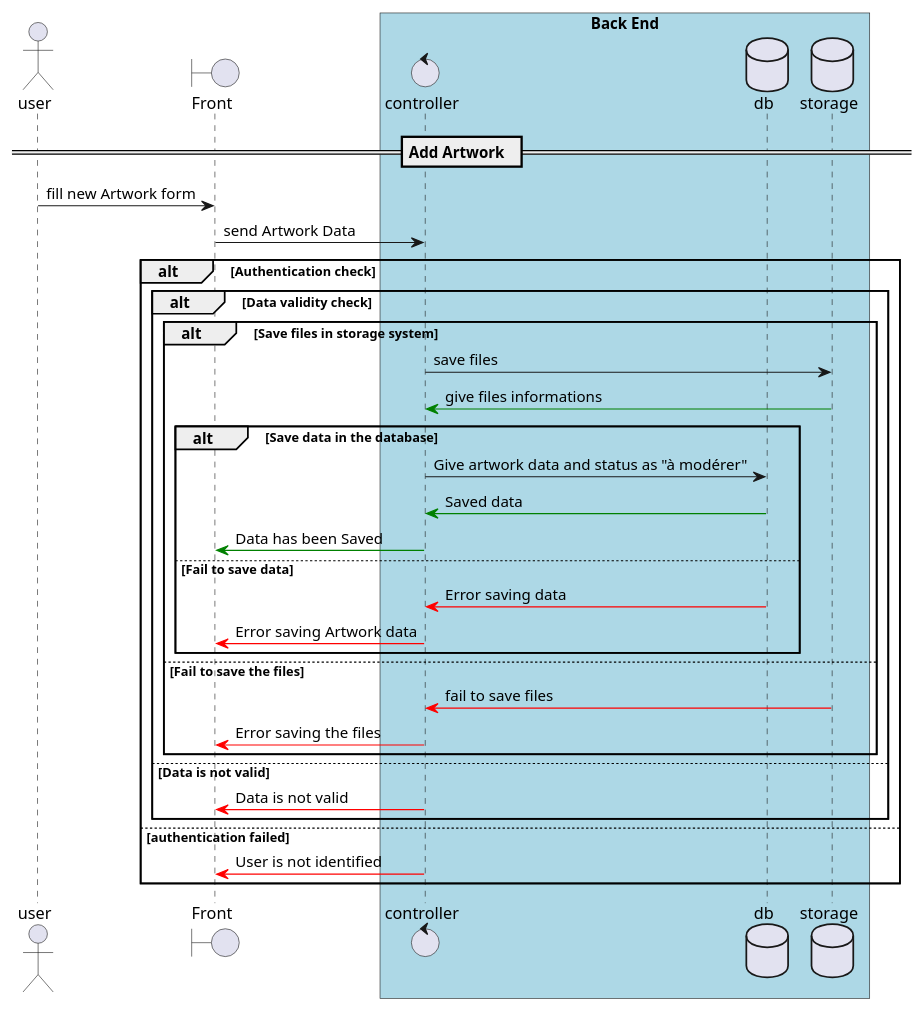
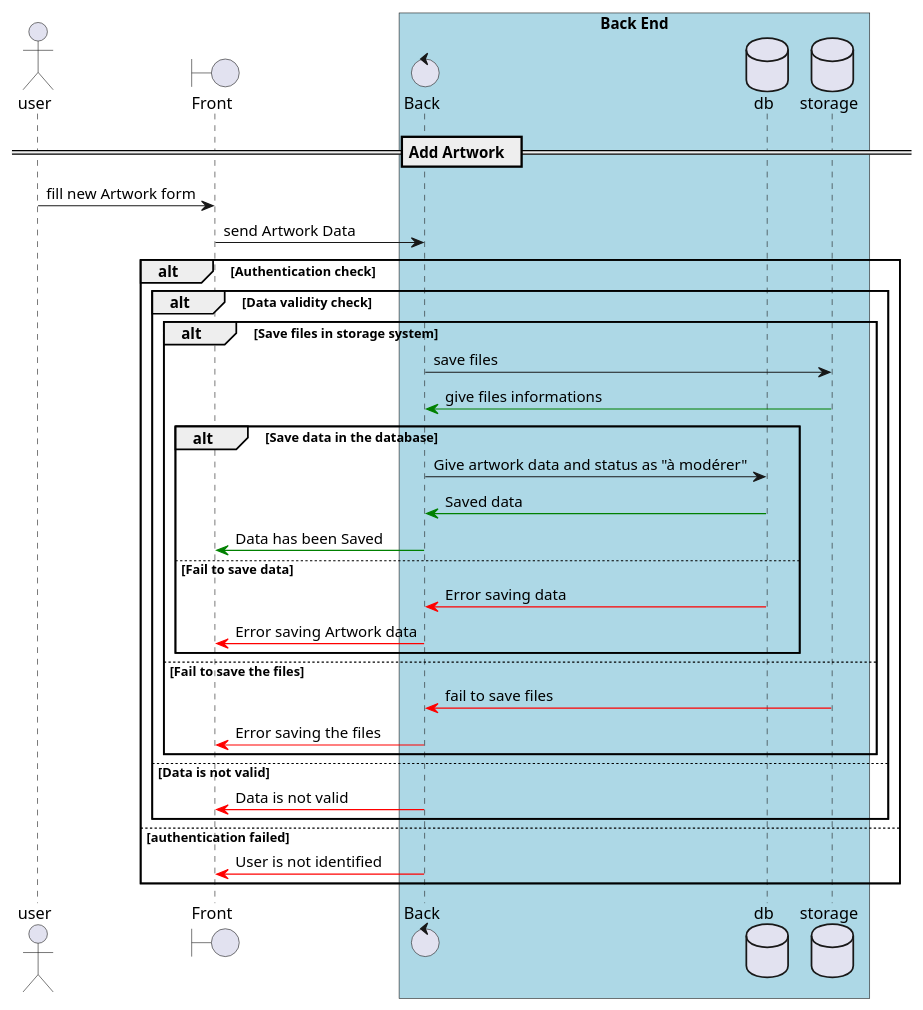
One commit to Anthony-Jhoiro/BibloDoc changed the diagram in scenarios/addArtwork.puml. Above: the diagram before and after it, drawn with PlantUML.

Commit message:
rename controller to Back

```diff
--- a/scenarios/addArtwork.puml
+++ b/scenarios/addArtwork.puml
@@ -1,43 +1,43 @@
 @startuml Add Artwork
 actor user
 boundary Front
 box "Back End" #LightBlue
-control controller
+control Back
 database db
 database storage
 end box
 
 == Add Artwork  ==
 user -> Front : fill new Artwork form
-Front -> controller : send Artwork Data
+Front -> Back : send Artwork Data
 
 alt Authentication check
     alt Data validity check
         alt Save files in storage system
-            controller -> storage : save files
-            storage -[#green]> controller : give files informations
+            Back -> storage : save files
+            storage -[#green]> Back : give files informations
 
             alt Save data in the database
-                controller -> db : Give artwork data and status as "à modérer"
-                db -[#green]> controller : Saved data
-                controller -[#green]> Front : Data has been Saved
+                Back -> db : Give artwork data and status as "à modérer"
+                db -[#green]> Back : Saved data
+                Back -[#green]> Front : Data has been Saved
             else Fail to save data
-                db -[#red]> controller : Error saving data
-                controller -[#red]> Front : Error saving Artwork data
+                db -[#red]> Back : Error saving data
+                Back -[#red]> Front : Error saving Artwork data
             end
         else Fail to save the files
-            storage -[#red]> controller : fail to save files
-            controller -[#red]> Front : Error saving the files
+            storage -[#red]> Back : fail to save files
+            Back -[#red]> Front : Error saving the files
         end        
 
     else Data is not valid
-        controller -[#red]> Front : Data is not valid
+        Back -[#red]> Front : Data is not valid
     end
 
 else authentication failed
-    controller -[#red]> Front : User is not identified
+    Back -[#red]> Front : User is not identified
 end
 
 
 
 @enduml
```
